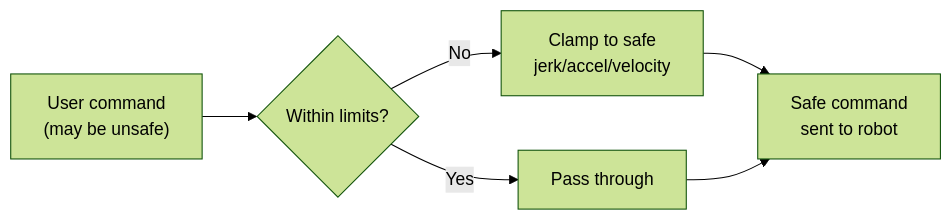
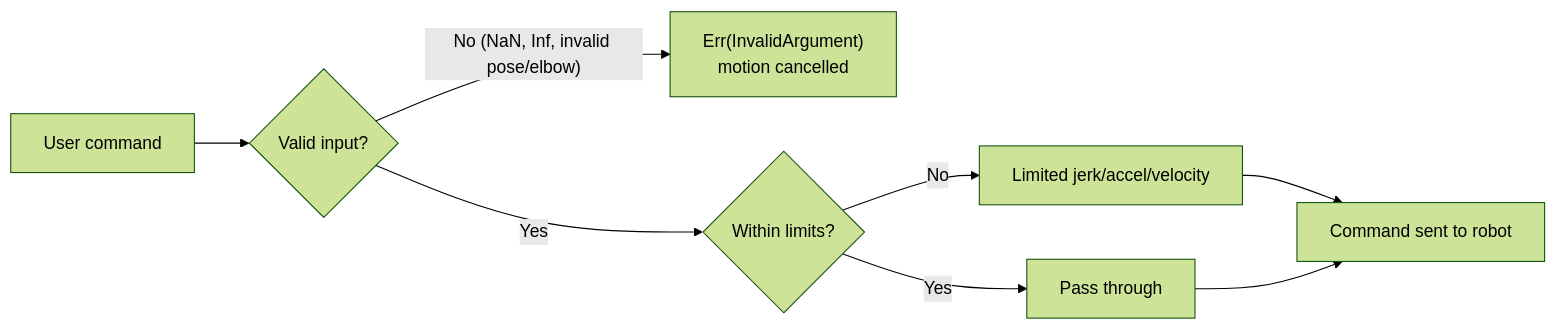
The second of 3 diagrams in docs/src/design/safety.md (ColeTen/franka-rs), drawn with Mermaid (forest theme) before and after one commit. The commit also changed other lines of this file and 43 other files, not shown here.

````diff
--- a/docs/src/design/safety.md
+++ b/docs/src/design/safety.md
@@ -82,8 +84,10 @@
 ```mermaid
 flowchart LR
-    USER["User command<br/>(may be unsafe)"] --> CHECK{"Within limits?"}
-    CHECK -->|Yes| PASS["Pass through"]
-    CHECK -->|No| CLAMP["Clamp to safe<br/>jerk/accel/velocity"]
-    CLAMP --> SAFE["Safe command<br/>sent to robot"]
+    USER["User command"] --> CHECKIN{"Valid input?"}
+    CHECKIN -->|"No (NaN, Inf, invalid pose/elbow)"| ERR["Err(InvalidArgument)<br/>motion cancelled"]
+    CHECKIN -->|Yes| LIM{"Within limits?"}
+    LIM -->|Yes| PASS["Pass through"]
+    LIM -->|No| CLAMP["Limited jerk/accel/velocity"]
+    CLAMP --> SAFE["Command sent to robot"]
     PASS --> SAFE
 ```
````
